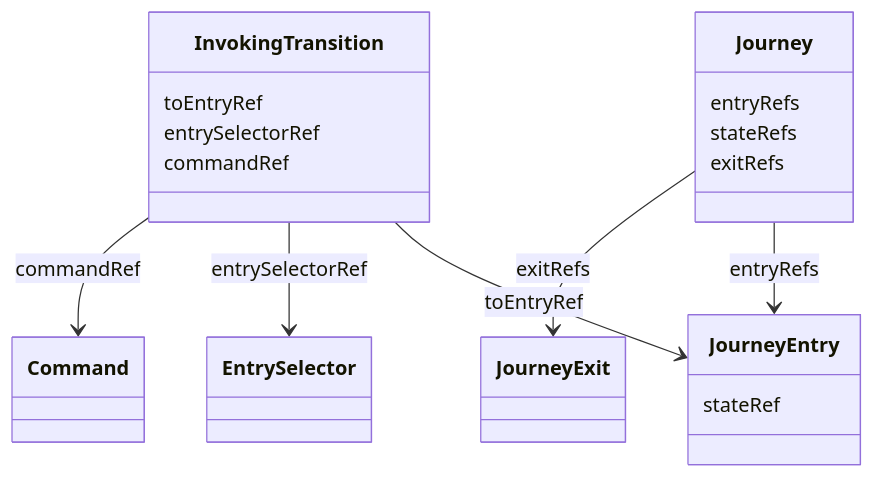
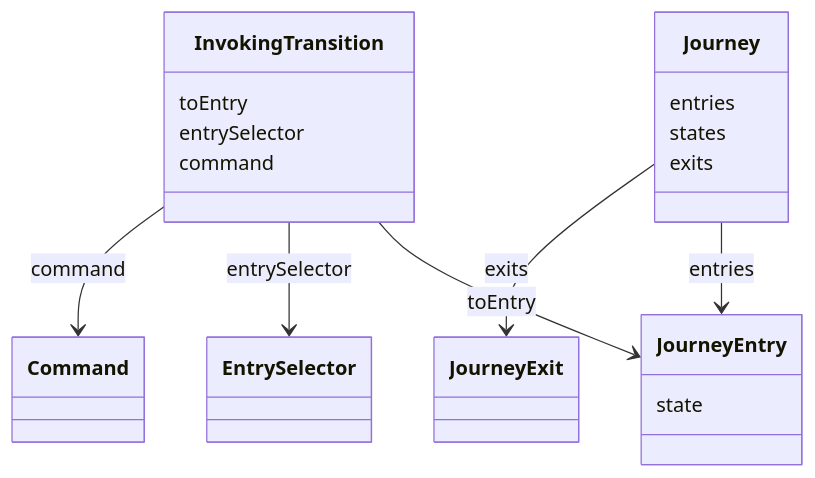
The eighth of 15 diagrams in specs/ed/graph/index.md (openuji/spec-ujg), drawn with Mermaid before and after one commit. The commit also changed other lines of this file and 370 other files, not shown here.

````diff
--- a/specs/ed/graph/index.md
+++ b/specs/ed/graph/index.md
@@ -719,25 +551,25 @@
 ```mermaid
 classDiagram
   class InvokingTransition {
-    toEntryRef
-    entrySelectorRef
-    commandRef
+    toEntry
+    entrySelector
+    command
   }
   class Journey {
-    entryRefs
-    stateRefs
-    exitRefs
+    entries
+    states
+    exits
   }
   class JourneyEntry {
-    stateRef
+    state
   }
   class EntrySelector
   class JourneyExit
   class Command
 
-  InvokingTransition --> JourneyEntry : toEntryRef
-  InvokingTransition --> EntrySelector : entrySelectorRef
-  Journey --> JourneyEntry : entryRefs
-  Journey --> JourneyExit : exitRefs
-  InvokingTransition --> Command : commandRef
+  InvokingTransition --> JourneyEntry : toEntry
+  InvokingTransition --> EntrySelector : entrySelector
+  Journey --> JourneyEntry : entries
+  Journey --> JourneyExit : exits
+  InvokingTransition --> Command : command
 ```
````
